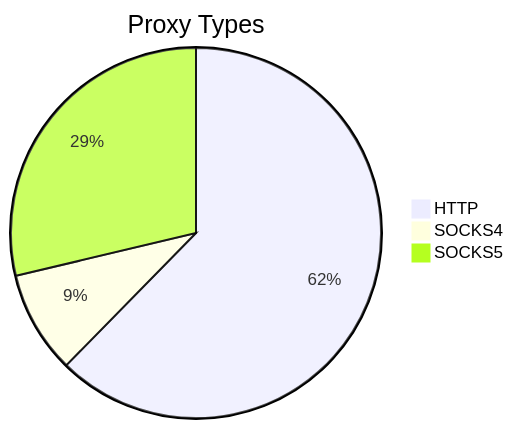
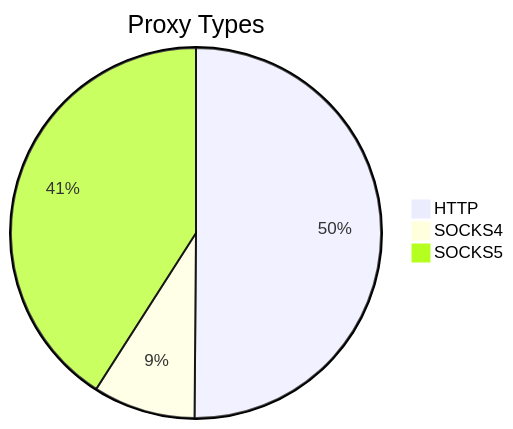
Before and after one commit to stormsia/proxy-list: the first of 2 diagrams in README.md, drawn with Mermaid. The commit also changed other lines of this file, not shown here.

````diff
--- a/README.md
+++ b/README.md
@@ -21,6 +21,6 @@
 ```mermaid
 pie title Proxy Types
-    "HTTP" : 851
-    "SOCKS4" : 122
-    "SOCKS5" : 392
+    "HTTP" : 606
+    "SOCKS4" : 108
+    "SOCKS5" : 495
 ```
````
